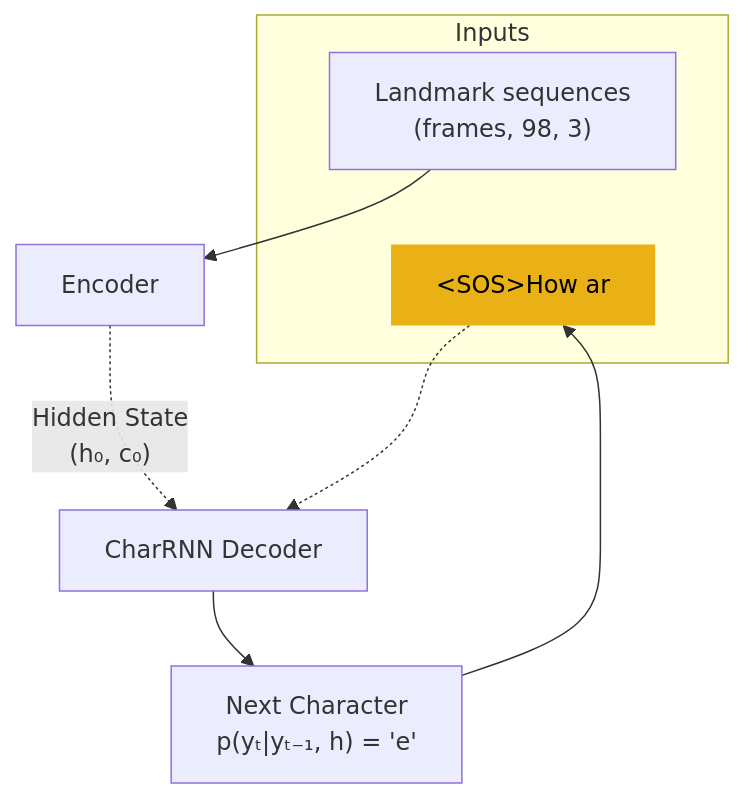
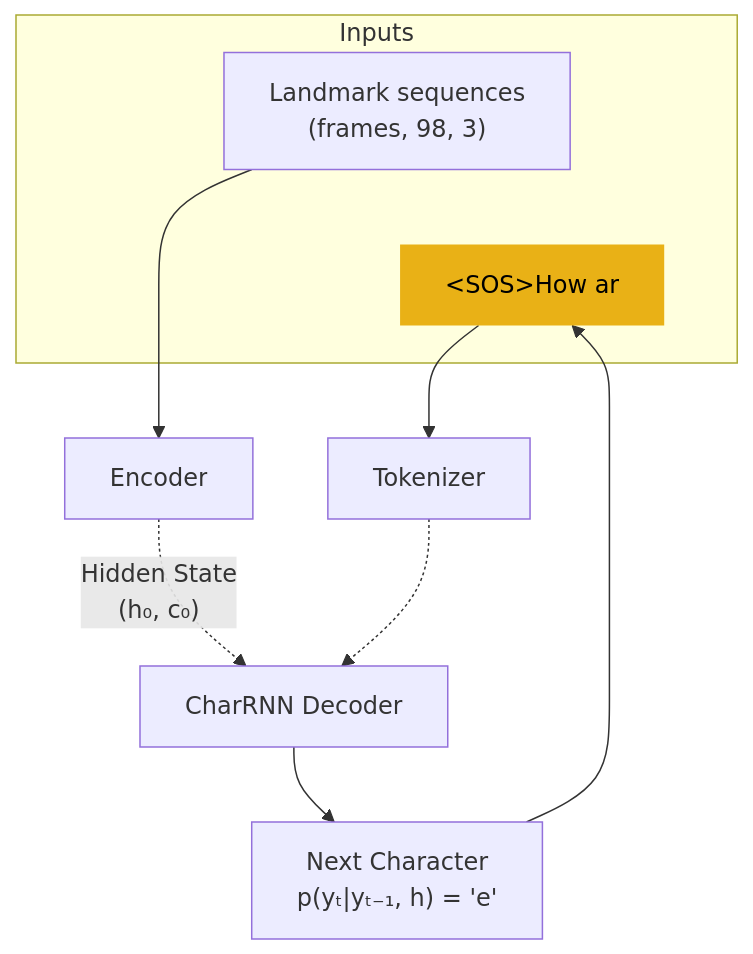
One commit to farahpiralic/ASLens-Test changed the third of 4 diagrams in README.md. Above: the diagram before and after it, drawn with Mermaid.

````diff
--- a/README.md
+++ b/README.md
@@ -115,20 +115,21 @@
 ```mermaid
 
   
 
 graph TD
 subgraph Inputs
 	A["Landmark sequences<br>(frames, 98, 3)"]
 	T["#lt;SOS#gt;How ar"]
 	A ~~~ T
 end
 
 A --> B["Encoder"]
 
 B -.-> |"Hidden State<br>(h₀, c₀)"|C["CharRNN Decoder"]
-T -.-> C
+T--> P["Tokenizer"]
+P -.-> C
 C --> F["Next Character<br>p(yₜ|yₜ₋₁, h) = 'e'"] --> T
 style T fill:#e9b116,stroke:none,color:black
 
 
 ```
````
